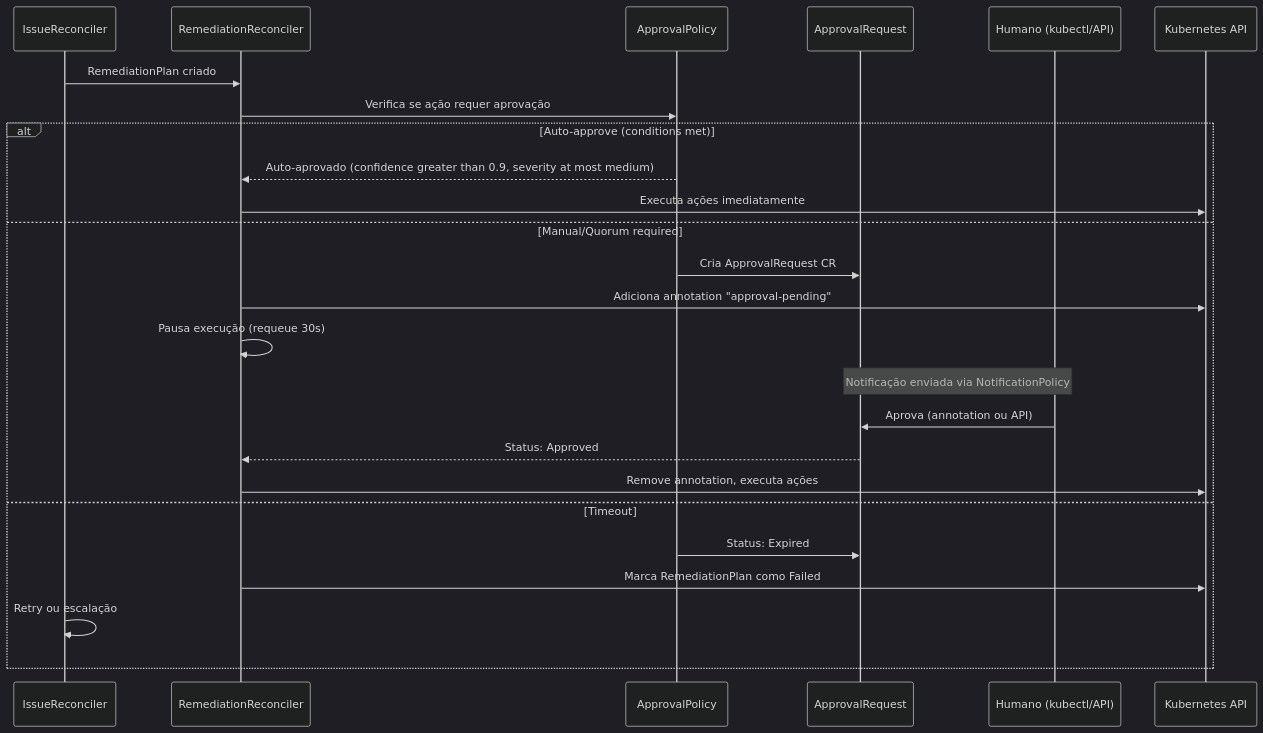
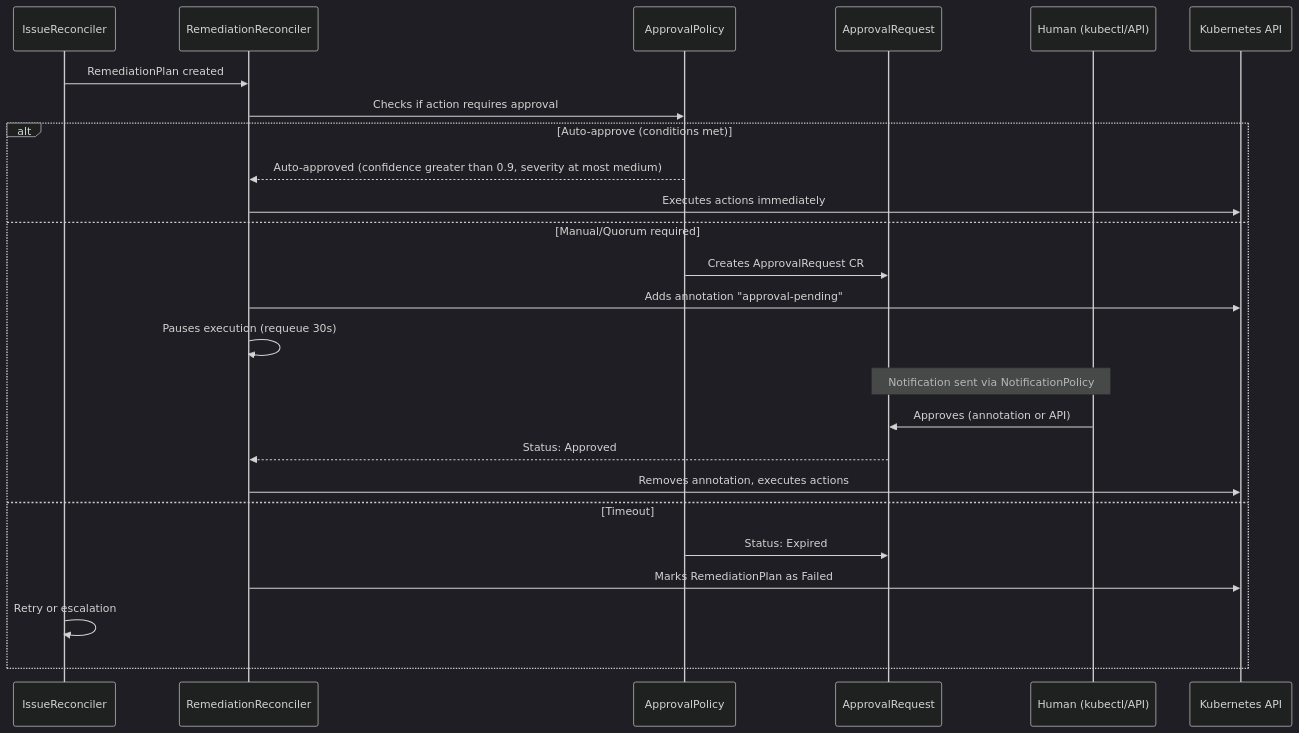
One commit to diillson/chatcli.ai changed the first of 3 diagrams in features/aiops/approval-workflow.mdx. Above: the diagram before and after it, drawn with Mermaid (dark theme). The commit also changed other lines of this file and 500 other files, not shown here.

````diff
--- a/features/aiops/approval-workflow.mdx
+++ b/features/aiops/approval-workflow.mdx
@@ -32,31 +32,31 @@
 ```mermaid
 sequenceDiagram
     participant IR as IssueReconciler
     participant RR as RemediationReconciler
     participant AP as ApprovalPolicy
     participant AR as ApprovalRequest
-    participant H as Humano (kubectl/API)
+    participant H as Human (kubectl/API)
     participant K8s as Kubernetes API
 
-    IR->>RR: RemediationPlan criado
-    RR->>AP: Verifica se ação requer aprovação
+    IR->>RR: RemediationPlan created
+    RR->>AP: Checks if action requires approval
 
     alt Auto-approve (conditions met)
-        AP-->>RR: Auto-aprovado (confidence greater than 0.9, severity at most medium)
-        RR->>K8s: Executa ações imediatamente
+        AP-->>RR: Auto-approved (confidence greater than 0.9, severity at most medium)
+        RR->>K8s: Executes actions immediately
     else Manual/Quorum required
-        AP->>AR: Cria ApprovalRequest CR
-        RR->>K8s: Adiciona annotation "approval-pending"
-        RR->>RR: Pausa execução (requeue 30s)
+        AP->>AR: Creates ApprovalRequest CR
+        RR->>K8s: Adds annotation "approval-pending"
+        RR->>RR: Pauses execution (requeue 30s)
 
-        Note over AR,H: Notificação enviada via NotificationPolicy
+        Note over AR,H: Notification sent via NotificationPolicy
 
-        H->>AR: Aprova (annotation ou API)
+        H->>AR: Approves (annotation or API)
         AR-->>RR: Status: Approved
-        RR->>K8s: Remove annotation, executa ações
+        RR->>K8s: Removes annotation, executes actions
     else Timeout
         AP->>AR: Status: Expired
-        RR->>K8s: Marca RemediationPlan como Failed
-        IR->>IR: Retry ou escalação
+        RR->>K8s: Marks RemediationPlan as Failed
+        IR->>IR: Retry or escalation
     end
 ```
````
